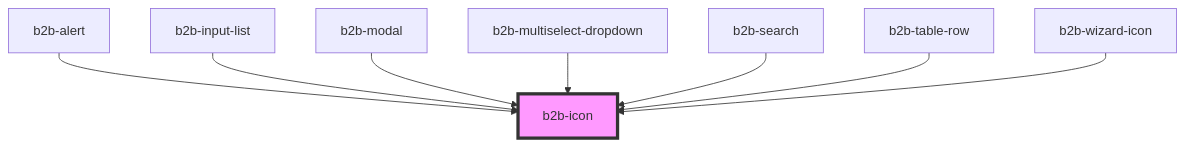
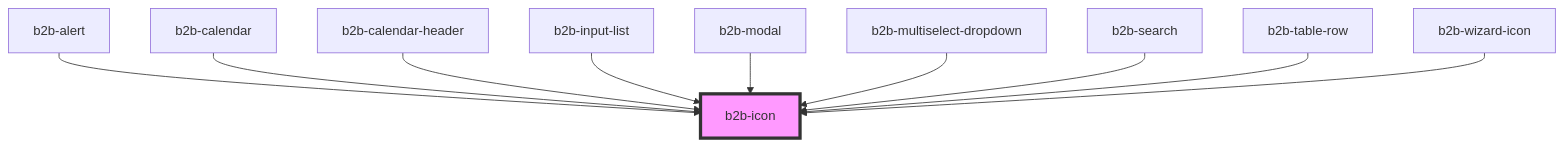
One commit to otto-de/b2b-design-system changed the diagram in packages/core-components/src/components/icon/readme.md. Above: the diagram before and after it, drawn with Mermaid. The commit also changed other lines of this file and 5 other files, not shown here.

````diff
--- a/packages/core-components/src/components/icon/readme.md
+++ b/packages/core-components/src/components/icon/readme.md
@@ -32,11 +34,13 @@
 ```mermaid
 graph TD;
   b2b-alert --> b2b-icon
+  b2b-calendar --> b2b-icon
+  b2b-calendar-header --> b2b-icon
   b2b-input-list --> b2b-icon
   b2b-modal --> b2b-icon
   b2b-multiselect-dropdown --> b2b-icon
   b2b-search --> b2b-icon
   b2b-table-row --> b2b-icon
   b2b-wizard-icon --> b2b-icon
   style b2b-icon fill:#f9f,stroke:#333,stroke-width:4px
 ```
````
